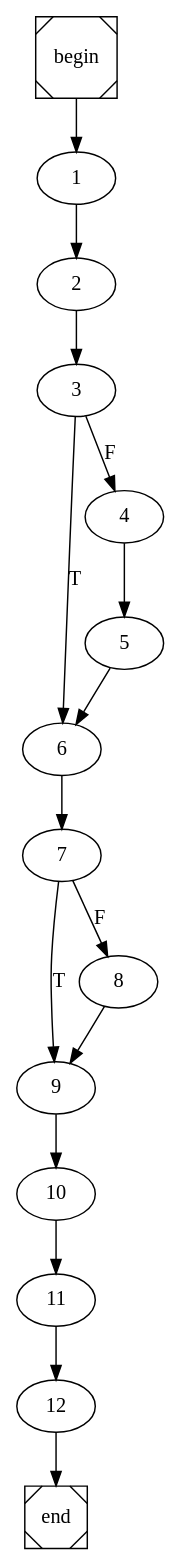
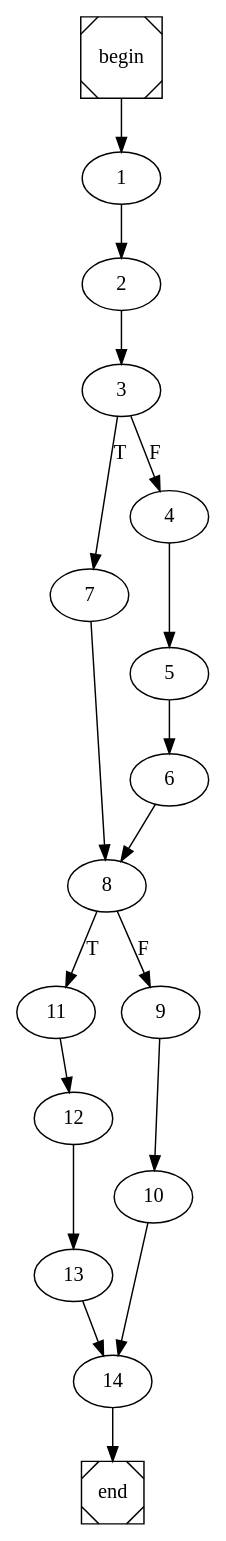
Before and after one commit to pedrojfs17/FEUP-COMP: the diagram in quicksort.dot, drawn with Graphviz. The commit also changed 11 other files, not shown here.

```diff
--- a/quicksort.dot
+++ b/quicksort.dot
@@ -1,4 +1,4 @@
 digraph cfg {
 	begin [shape=Msquare];
 	end [shape=Msquare];
-	begin -> 1;	1 -> 2;	2 -> 3;	3 -> 6[label=T];	3 -> 4[label=F];	4 -> 5;	5 -> 6;	6 -> 7;	7 -> 9[label=T];	7 -> 8[label=F];	8 -> 9;	9 -> 10;	10 -> 11;	11 -> 12;	12 -> end;}
+	begin -> 1;	1 -> 2;	2 -> 3;	3 -> 7[label=T];	3 -> 4[label=F];	4 -> 5;	5 -> 6;	6 -> 8;	7 -> 8;	8 -> 11[label=T];	8 -> 9[label=F];	9 -> 10;	10 -> 14;	11 -> 12;	12 -> 13;	13 -> 14;	14 -> end;}
```
